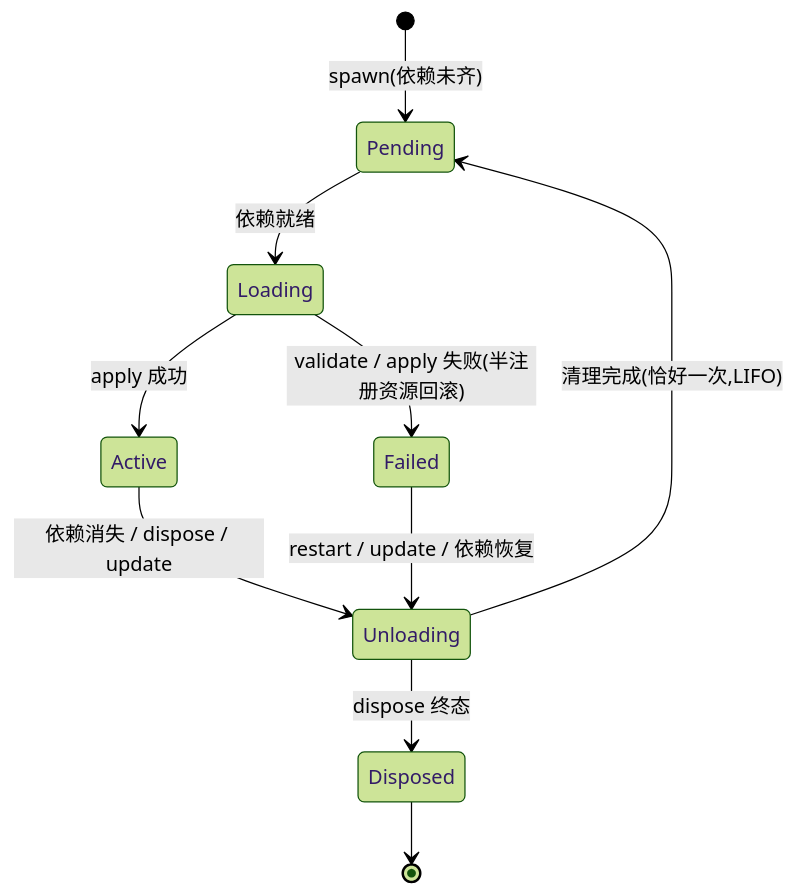
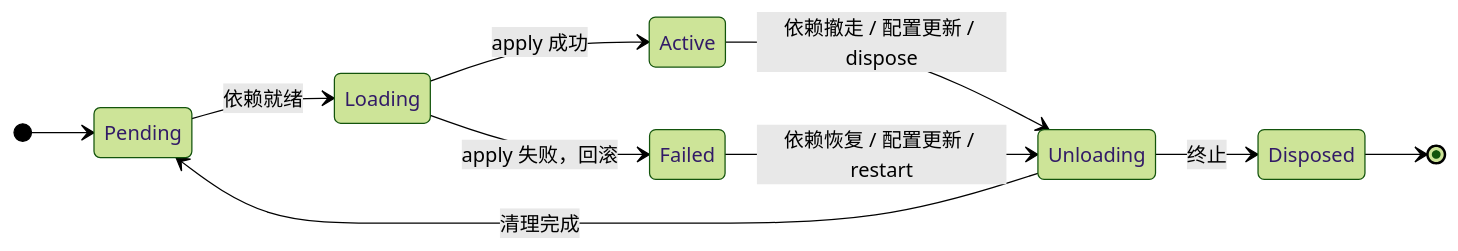
Before and after one commit to CoutinhoTTS/rutis: the diagram in README.md, drawn with Mermaid (forest theme). The commit also changed other lines of this file and 12 other files, not shown here.

````diff
--- a/README.md
+++ b/README.md
@@ -116,12 +141,13 @@
 ```mermaid
 stateDiagram-v2
-    [*] --> Pending : spawn(依赖未齐)
+    direction LR
+    [*] --> Pending
     Pending --> Loading : 依赖就绪
     Loading --> Active : apply 成功
-    Loading --> Failed : validate / apply 失败(半注册资源回滚)
-    Active --> Unloading : 依赖消失 / dispose / update
-    Failed --> Unloading : restart / update / 依赖恢复
-    Unloading --> Pending : 清理完成(恰好一次,LIFO)
-    Unloading --> Disposed : dispose 终态
+    Loading --> Failed : apply 失败，回滚
+    Active --> Unloading : 依赖撤走 / 配置更新 / dispose
+    Failed --> Unloading : 依赖恢复 / 配置更新 / restart
+    Unloading --> Pending : 清理完成
+    Unloading --> Disposed : 终止
     Disposed --> [*]
 ```
````
